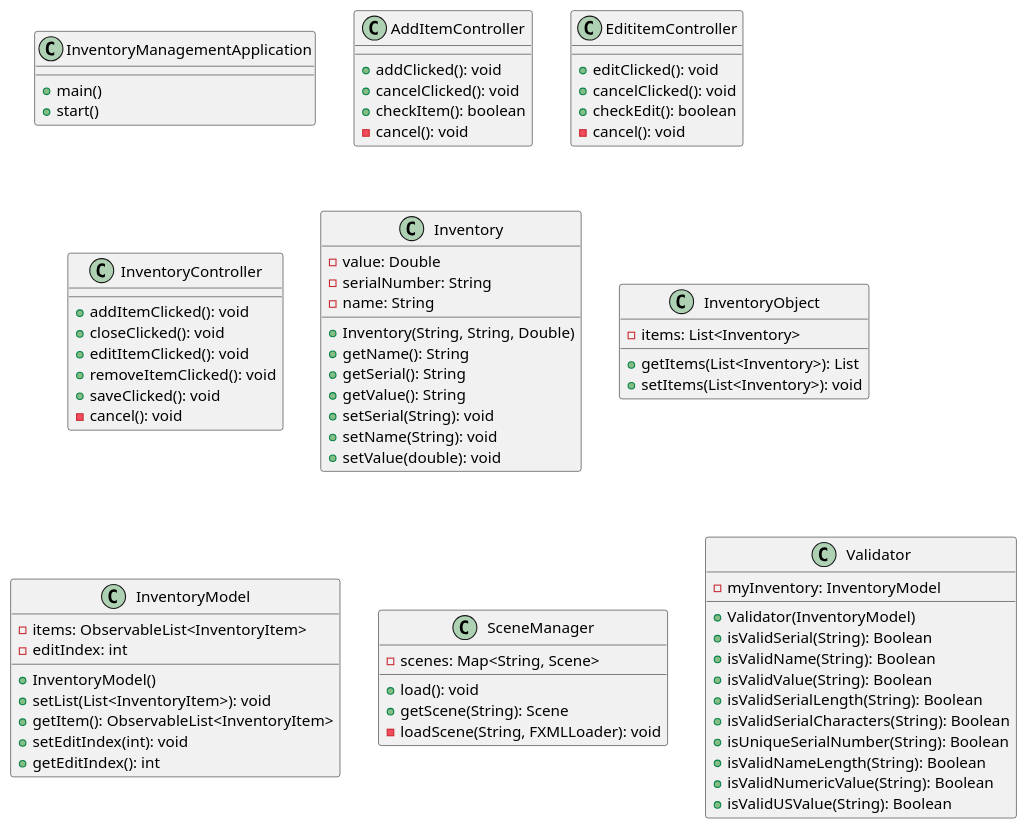
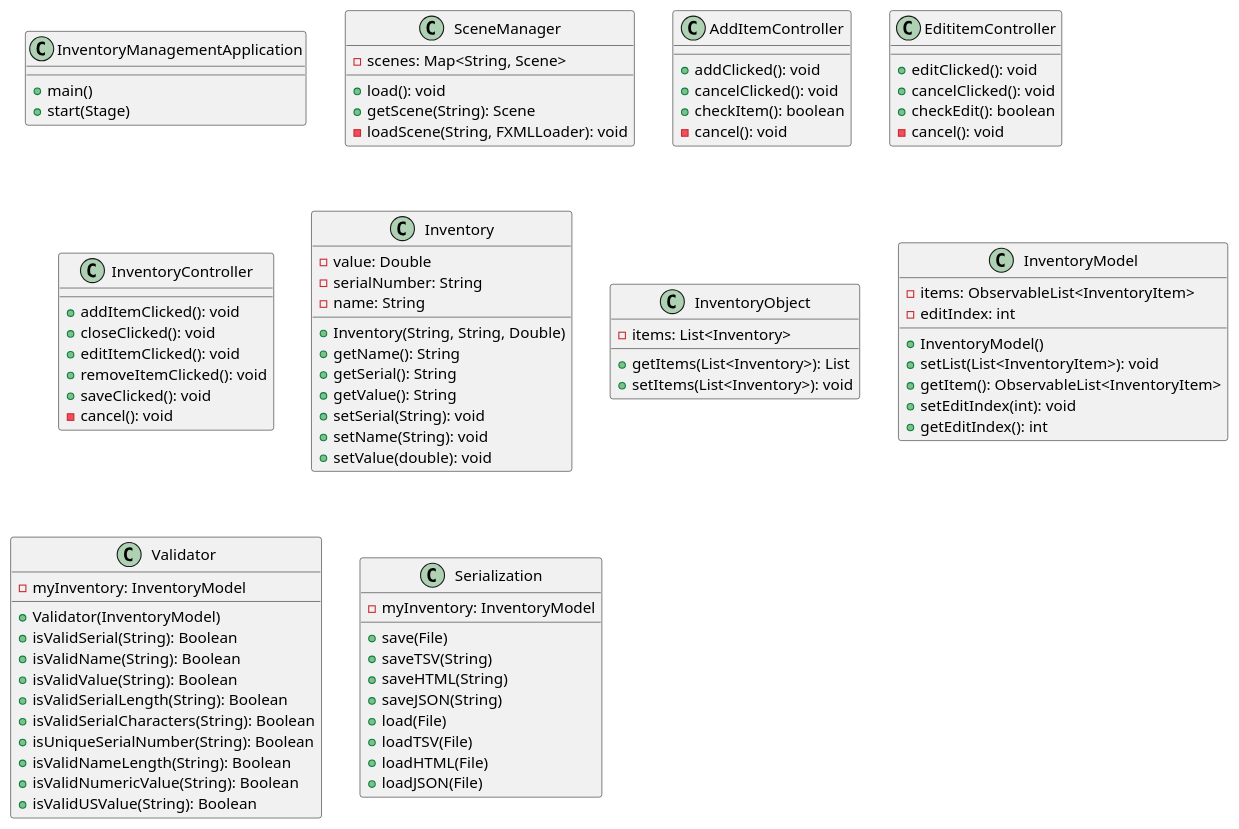
Before and after one commit to mathdude3482/Jaro-app2: the diagram in Jaro-app2/docs/diagram.puml, drawn with PlantUML. The commit also changed 2 other files, not shown here.

Commit message:
Added a Serialization class to implement load and save. Updated the UML diagram as needed.

```diff
--- a/Jaro-app2/docs/diagram.puml
+++ b/Jaro-app2/docs/diagram.puml
@@ -1,72 +1,84 @@
 @startuml
 class InventoryManagementApplication{
 +main()
-+start()
++start(Stage)
+}
+class SceneManager {
+    - scenes: Map<String, Scene>
+    + load(): void
+    + getScene(String): Scene
+    - loadScene(String, FXMLLoader): void
 }
 class AddItemController{
 + addClicked(): void
 + cancelClicked(): void
 + checkItem(): boolean
 - cancel(): void
 }
 class EdititemController{
 + editClicked(): void
 + cancelClicked(): void
 + checkEdit(): boolean
 - cancel(): void
 }
+
 class InventoryController{
 + addItemClicked(): void
 + closeClicked(): void
 + editItemClicked(): void
 + removeItemClicked(): void
 + saveClicked(): void
 - cancel(): void
 }
 class Inventory{
  - value: Double
  - serialNumber: String
  - name: String
  + Inventory(String, String, Double)
 + getName(): String
 + getSerial(): String
 + getValue(): String
 + setSerial(String): void
 + setName(String): void
 + setValue(double): void
 }
 class InventoryObject{
 - items: List<Inventory>
 + getItems(List<Inventory>): List
 + setItems(List<Inventory>): void
 }
 class InventoryModel{
     - items: ObservableList<InventoryItem>
     - editIndex: int
     + InventoryModel()
     + setList(List<InventoryItem>): void
     + getItem(): ObservableList<InventoryItem>
     + setEditIndex(int): void
     + getEditIndex(): int
 }
-class SceneManager {
-    - scenes: Map<String, Scene>
-    + load(): void
-    + getScene(String): Scene
-    - loadScene(String, FXMLLoader): void
-}
 class Validator{
     - myInventory: InventoryModel
     + Validator(InventoryModel)
     + isValidSerial(String): Boolean
     + isValidName(String): Boolean
     + isValidValue(String): Boolean
     + isValidSerialLength(String): Boolean
     + isValidSerialCharacters(String): Boolean
     + isUniqueSerialNumber(String): Boolean
     + isValidNameLength(String): Boolean
     + isValidNumericValue(String): Boolean
     + isValidUSValue(String): Boolean
 }
+class Serialization {
+    - myInventory: InventoryModel
+    + save(File)
+    + saveTSV(String)
+    + saveHTML(String)
+    + saveJSON(String)
+    + load(File)
+    + loadTSV(File)
+    + loadHTML(File)
+    + loadJSON(File)
+}
 
 @enduml
```
